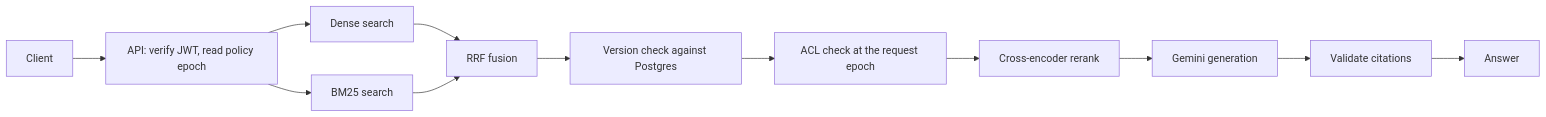
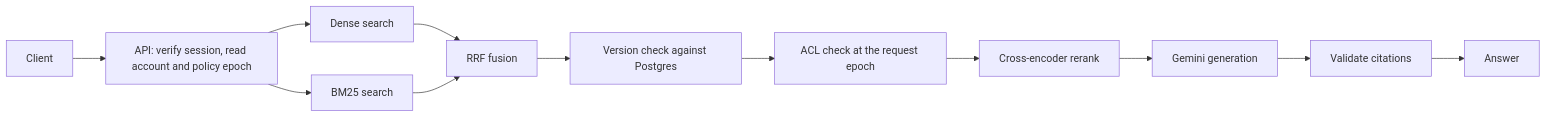
Before and after one commit to sakshamgoel5501/Secure-multi-tenant-RAG: the first of 2 diagrams in README.md, drawn with Mermaid. The commit also changed other lines of this file and 137 other files, not shown here.

````diff
--- a/README.md
+++ b/README.md
@@ -13,14 +17,14 @@
 ```mermaid
 flowchart LR
-  C[Client] --> API["API: verify JWT, read policy epoch"]
+  C[Client] --> API["API: verify session, read account and policy epoch"]
   API --> D["Dense search"]
   API --> L["BM25 search"]
   D --> F["RRF fusion"]
   L --> F
   F --> V["Version check against Postgres"]
   V --> A["ACL check at the request epoch"]
   A --> R["Cross-encoder rerank"]
   R --> G["Gemini generation"]
   G --> CV["Validate citations"]
   CV --> O[Answer]
 ```
````
